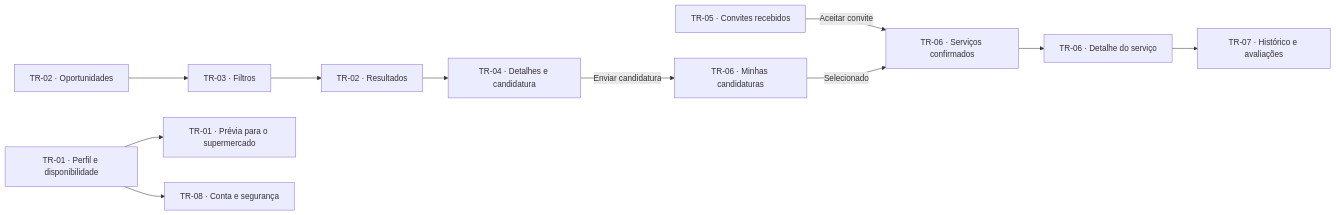
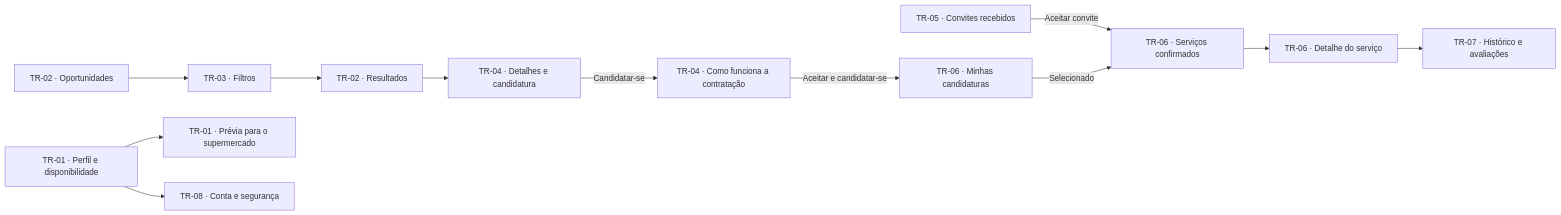
The fourth of 5 diagrams in README.md (matheusnascimentods/software-quality-assurance), drawn with Mermaid before and after one commit. The commit also changed other lines of this file, not shown here.

````diff
--- a/README.md
+++ b/README.md
@@ -171,13 +171,14 @@
 ```mermaid
 flowchart LR
     OPPORTUNITIES["TR-02 · Oportunidades"] --> FILTERS["TR-03 · Filtros"]
     FILTERS --> RESULTS["TR-02 · Resultados"]
     RESULTS --> JOB["TR-04 · Detalhes e candidatura"]
-    JOB -->|"Enviar candidatura"| APPLICATION["TR-06 · Minhas candidaturas"]
+    JOB -->|"Candidatar-se"| HIRING["TR-04 · Como funciona a contratação"]
+    HIRING -->|"Aceitar e candidatar-se"| APPLICATION["TR-06 · Minhas candidaturas"]
     INVITES["TR-05 · Convites recebidos"] -->|"Aceitar convite"| CONFIRMED["TR-06 · Serviços confirmados"]
     APPLICATION -->|"Selecionado"| CONFIRMED
     CONFIRMED --> DETAIL["TR-06 · Detalhe do serviço"]
     DETAIL --> HISTORY["TR-07 · Histórico e avaliações"]
     PROFILE["TR-01 · Perfil e disponibilidade"] --> PREVIEW["TR-01 · Prévia para o supermercado"]
     PROFILE --> ACCOUNT["TR-08 · Conta e segurança"]
 ```
````
